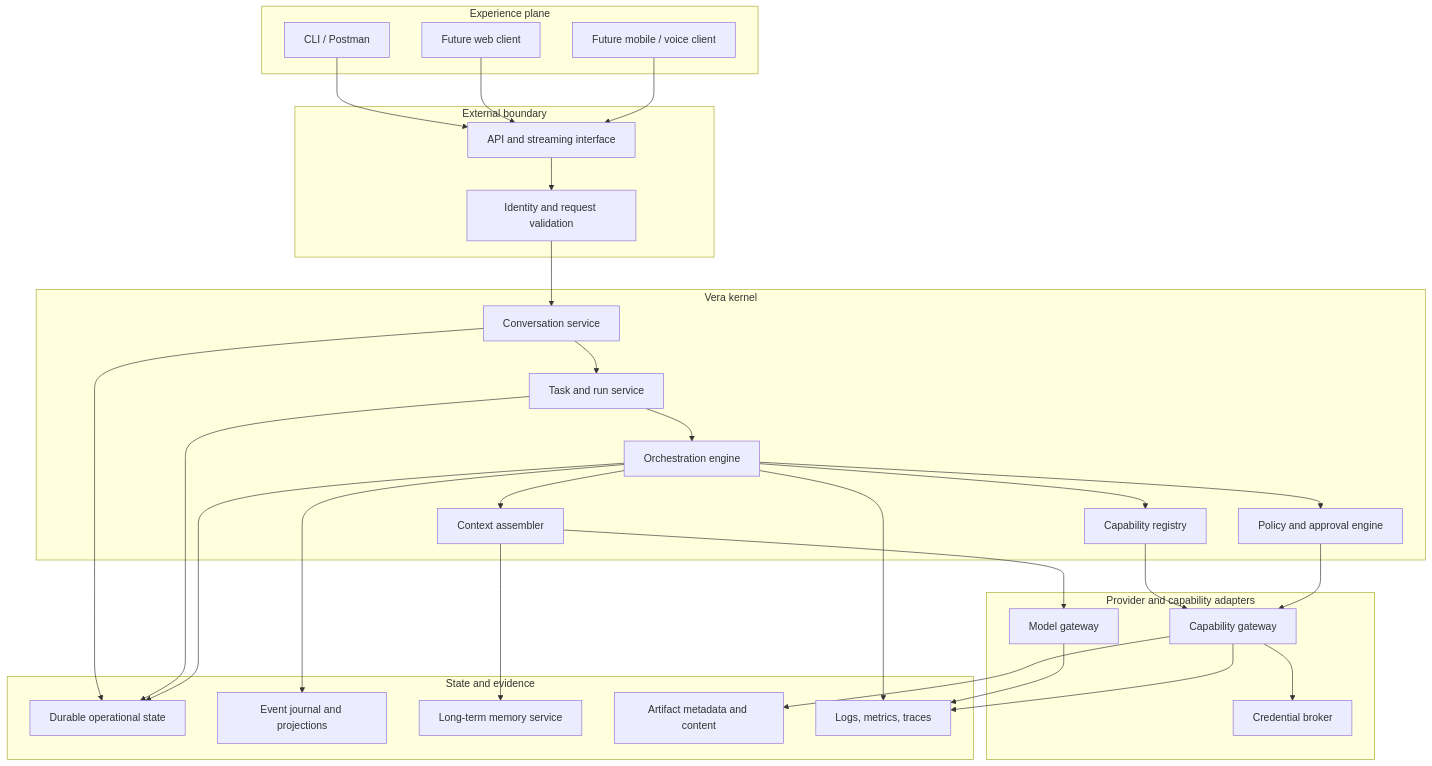
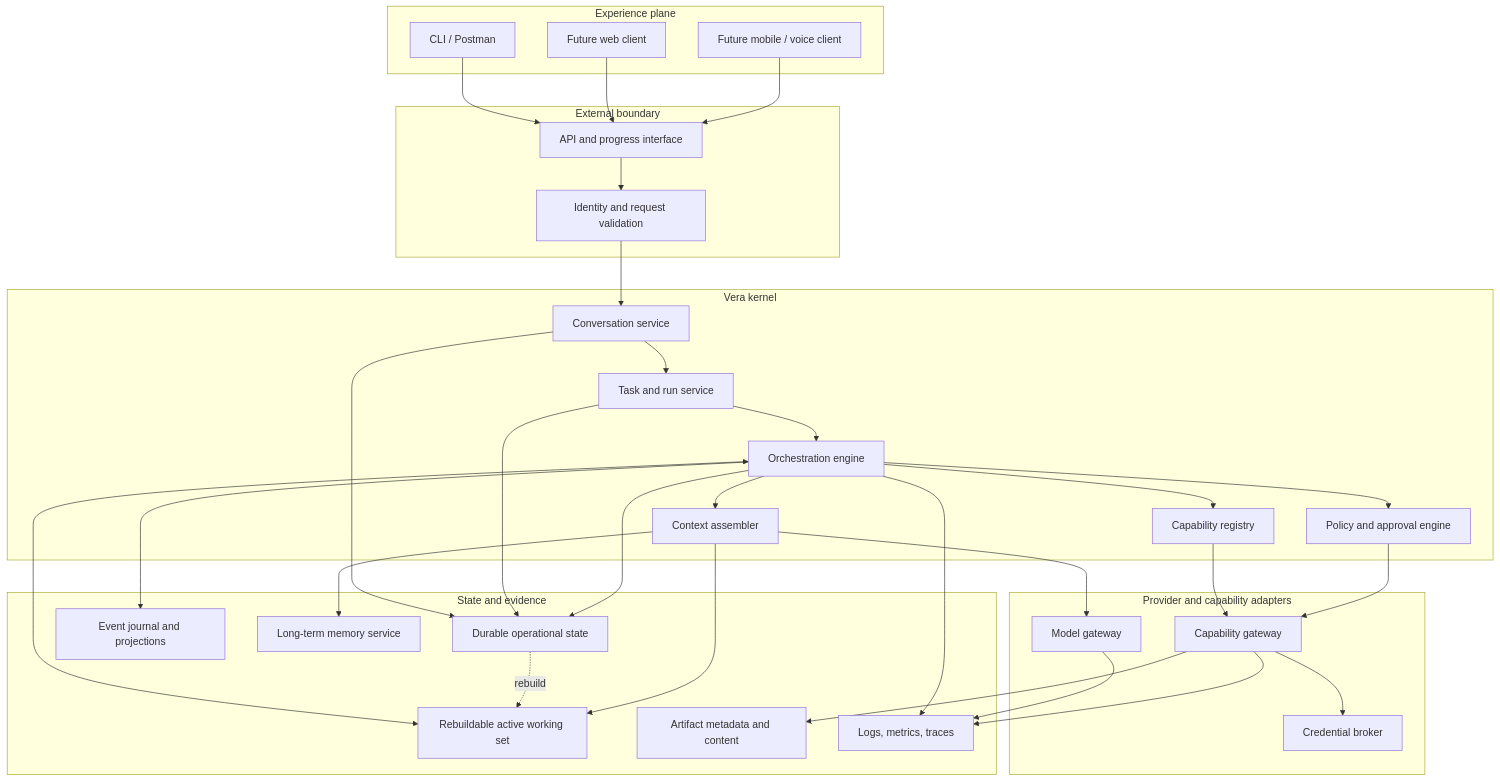
The second of 5 diagrams in docs/system-architecture.md (4romgod/vera), drawn with Mermaid before and after one commit. The commit also changed other lines of this file and 19 other files, not shown here.

````diff
--- a/docs/system-architecture.md
+++ b/docs/system-architecture.md
@@ -60,59 +65,63 @@
 ```mermaid
 flowchart TB
     subgraph Experience["Experience plane"]
         CLI["CLI / Postman"]
         WEB["Future web client"]
         MOBILE["Future mobile / voice client"]
     end
 
     subgraph Boundary["External boundary"]
-        API["API and streaming interface"]
+        API["API and progress interface"]
         ID["Identity and request validation"]
     end
 
     subgraph Kernel["Vera kernel"]
         CONV["Conversation service"]
         TASK["Task and run service"]
         ORCH["Orchestration engine"]
         POLICY["Policy and approval engine"]
         REG["Capability registry"]
         CONTEXT["Context assembler"]
     end
 
     subgraph Adapters["Provider and capability adapters"]
         MODEL["Model gateway"]
         CAP["Capability gateway"]
         CREDS["Credential broker"]
     end
 
     subgraph State["State and evidence"]
         OPS["Durable operational state"]
+        WORK["Rebuildable active working set"]
         EVENTS["Event journal and projections"]
         MEMORY["Long-term memory service"]
         ART["Artifact metadata and content"]
         OBS["Logs, metrics, traces"]
     end
 
     CLI --> API
     WEB --> API
     MOBILE --> API
     API --> ID --> CONV
     CONV --> TASK --> ORCH
     ORCH --> CONTEXT
     ORCH --> POLICY
     ORCH --> REG
     CONTEXT --> MODEL
     REG --> CAP
     POLICY --> CAP
     CAP --> CREDS
 
     CONV --> OPS
     TASK --> OPS
     ORCH --> OPS
+    ORCH <--> WORK
+    OPS -. "rebuild" .-> WORK
     ORCH --> EVENTS
+    CONTEXT --> WORK
     CONTEXT --> MEMORY
     CAP --> ART
     ORCH --> OBS
     MODEL --> OBS
     CAP --> OBS
 ```
````
